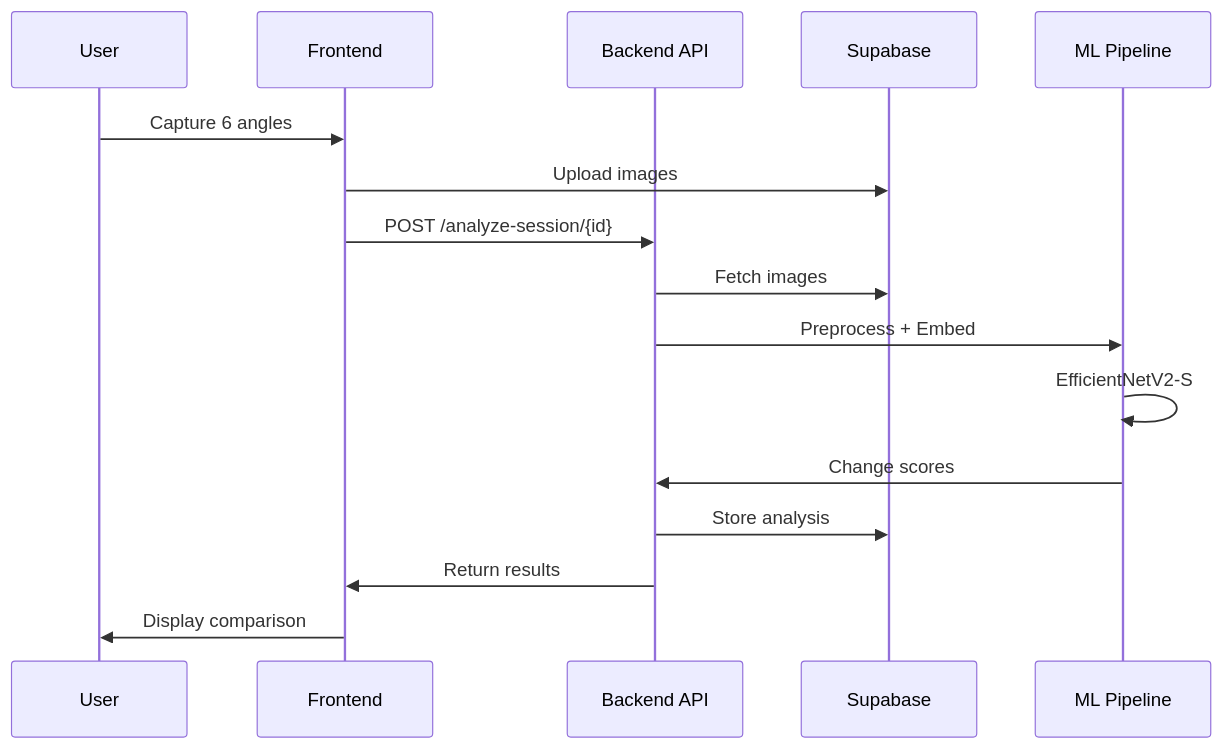
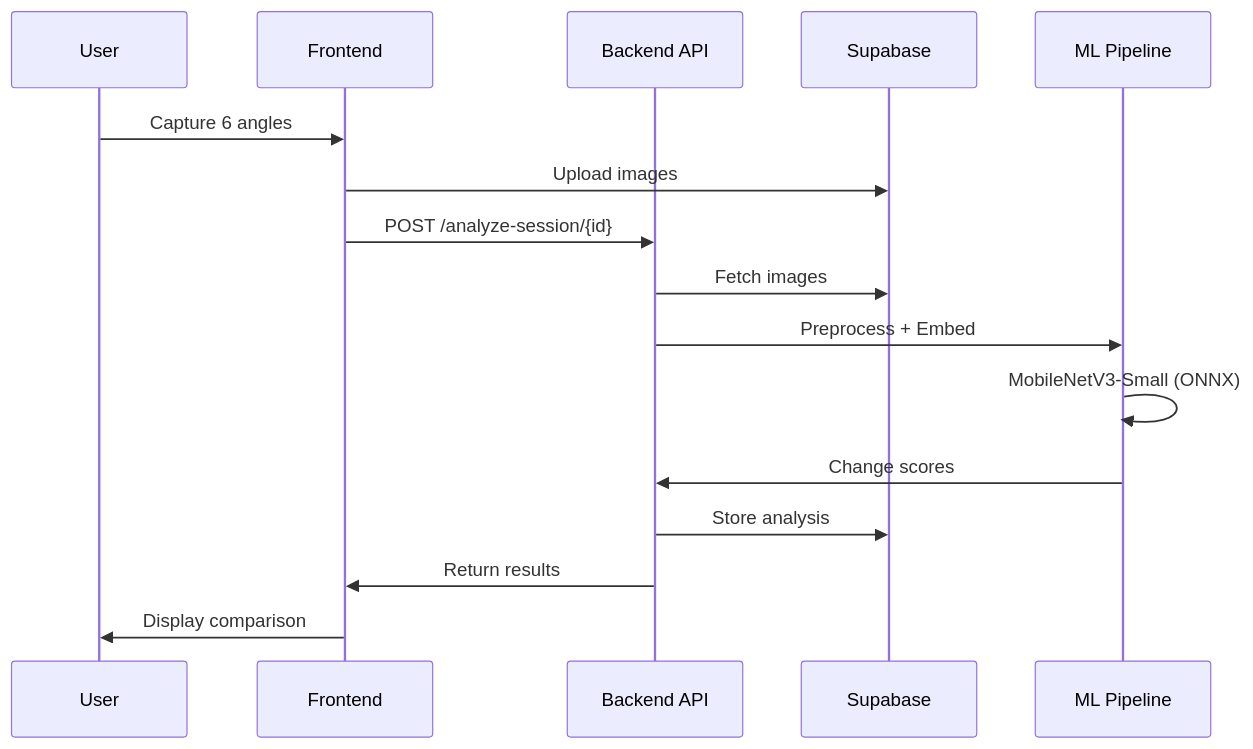
The second of 2 diagrams in README.md (muneer406/BCD), drawn with Mermaid before and after one commit. The commit also changed other lines of this file and 1 other file, not shown here.

Commit message:
fix: CI lint (remove unused Lock import), README badges + Mermaid diagram fixes

````diff
--- a/README.md
+++ b/README.md
@@ -94,19 +94,19 @@
 ```mermaid
 sequenceDiagram
     participant U as User
     participant F as Frontend
     participant B as Backend API
     participant S as Supabase
     participant M as ML Pipeline
 
     U->>F: Capture 6 angles
     F->>S: Upload images
     F->>B: POST /analyze-session/{id}
     B->>S: Fetch images
     B->>M: Preprocess + Embed
-    M->>M: EfficientNetV2-S
+    M->>M: MobileNetV3-Small (ONNX)
     M->>B: Change scores
     B->>S: Store analysis
     B->>F: Return results
     F->>U: Display comparison
 ```
````
